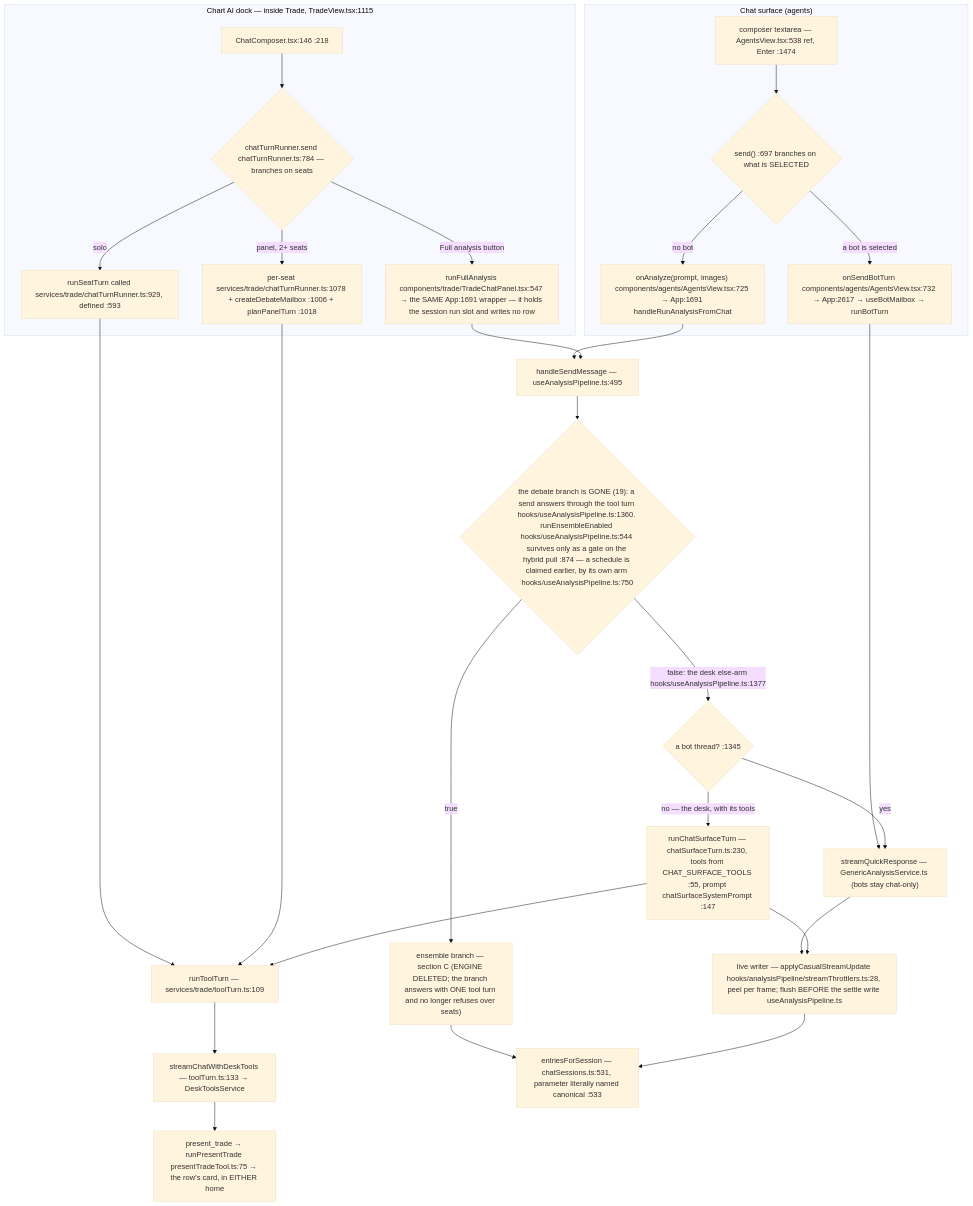
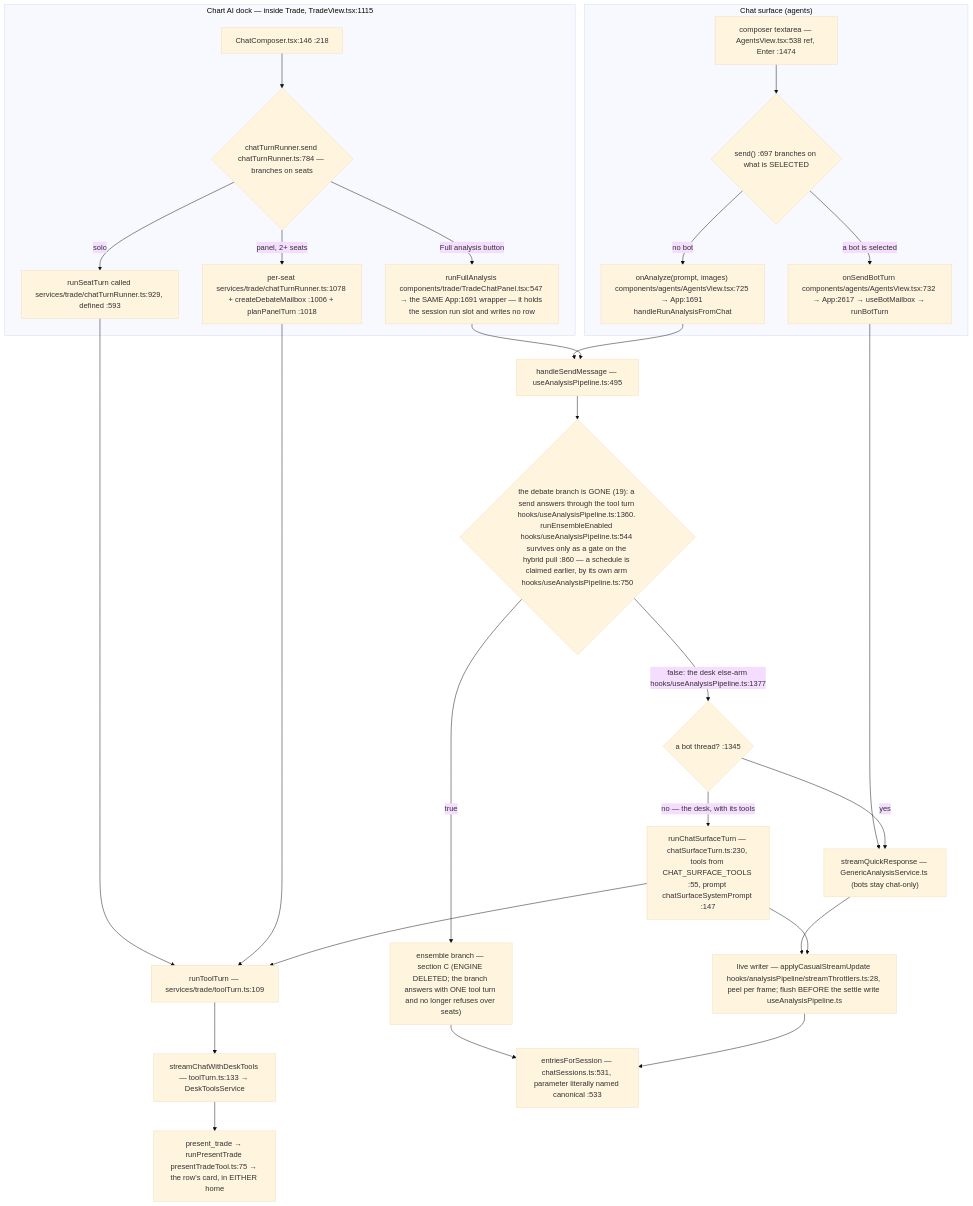
One commit to Acepay25/august-3.5 changed the second of 7 diagrams in docs/app-flow.md. Above: the diagram before and after it, drawn with Mermaid (base theme). The commit also changed other lines of this file and 3 other files, not shown here.

````diff
--- a/docs/app-flow.md
+++ b/docs/app-flow.md
@@ -60,31 +60,31 @@
 ```mermaid
 flowchart TD
     subgraph CHAT["Chat surface (agents)"]
         CB["composer textarea — AgentsView.tsx:538 ref, Enter :1474"] --> D1{"send() :697 branches on what is SELECTED"}
         D1 -->|a bot is selected| BOT["onSendBotTurn components/agents/AgentsView.tsx:732 → App:2617 → useBotMailbox → runBotTurn"]
         D1 -->|no bot| AN["onAnalyze(prompt, images) components/agents/AgentsView.tsx:725 → App:1691 handleRunAnalysisFromChat"]
     end
     subgraph DOCK["Chart AI dock — inside Trade, TradeView.tsx:1115"]
         DC["ChatComposer.tsx:146 :218"] --> D2{"chatTurnRunner.send chatTurnRunner.ts:784 — branches on seats"}
         D2 -->|solo| SO["runSeatTurn called services/trade/chatTurnRunner.ts:929, defined :593"]
         D2 -->|panel, 2+ seats| PN["per-seat services/trade/chatTurnRunner.ts:1078 + createDebateMailbox :1006 + planPanelTurn :1018"]
         D2 -->|Full analysis button| FA["runFullAnalysis components/trade/TradeChatPanel.tsx:547 → the SAME App:1691 wrapper — it holds the session run slot and writes no row"]
     end
     SO --> TT["runToolTurn — services/trade/toolTurn.ts:109"]
     PN --> TT
     TT --> SCDT["streamChatWithDeskTools — toolTurn.ts:133 → DeskToolsService"]
     BOT --> TR["streamQuickResponse — GenericAnalysisService.ts (bots stay chat-only)"]
     AN --> HSM["handleSendMessage — useAnalysisPipeline.ts:495"]
     FA --> HSM
-    HSM --> D3{"the debate branch is GONE (19): a send answers through the tool turn hooks/useAnalysisPipeline.ts:1360. runEnsembleEnabled hooks/useAnalysisPipeline.ts:544 survives only as a gate on the hybrid pull :874 — a schedule is claimed earlier, by its own arm hooks/useAnalysisPipeline.ts:750"}
+    HSM --> D3{"the debate branch is GONE (19): a send answers through the tool turn hooks/useAnalysisPipeline.ts:1360. runEnsembleEnabled hooks/useAnalysisPipeline.ts:544 survives only as a gate on the hybrid pull :860 — a schedule is claimed earlier, by its own arm hooks/useAnalysisPipeline.ts:750"}
     D3 -->|true| ENS["ensemble branch — section C (ENGINE DELETED; the branch answers with ONE tool turn and no longer refuses over seats)"]
     D3 -->|false: the desk else-arm hooks/useAnalysisPipeline.ts:1377| SPLIT{"a bot thread? :1345"}
     SPLIT -->|yes| TR
     SPLIT -->|no — the desk, with its tools| CST["runChatSurfaceTurn — chatSurfaceTurn.ts:230, tools from CHAT_SURFACE_TOOLS :55, prompt chatSurfaceSystemPrompt :147"]
     CST --> TT
     TR --> LW["live writer — applyCasualStreamUpdate hooks/analysisPipeline/streamThrottlers.ts:28, peel per frame; flush BEFORE the settle write useAnalysisPipeline.ts"]
     CST --> LW
     ENS --> MERGE
     LW --> MERGE["entriesForSession — chatSessions.ts:531, parameter literally named canonical :533"]
     SCDT --> PT["present_trade → runPresentTrade presentTradeTool.ts:75 → the row's card, in EITHER home"]
 ```
````
